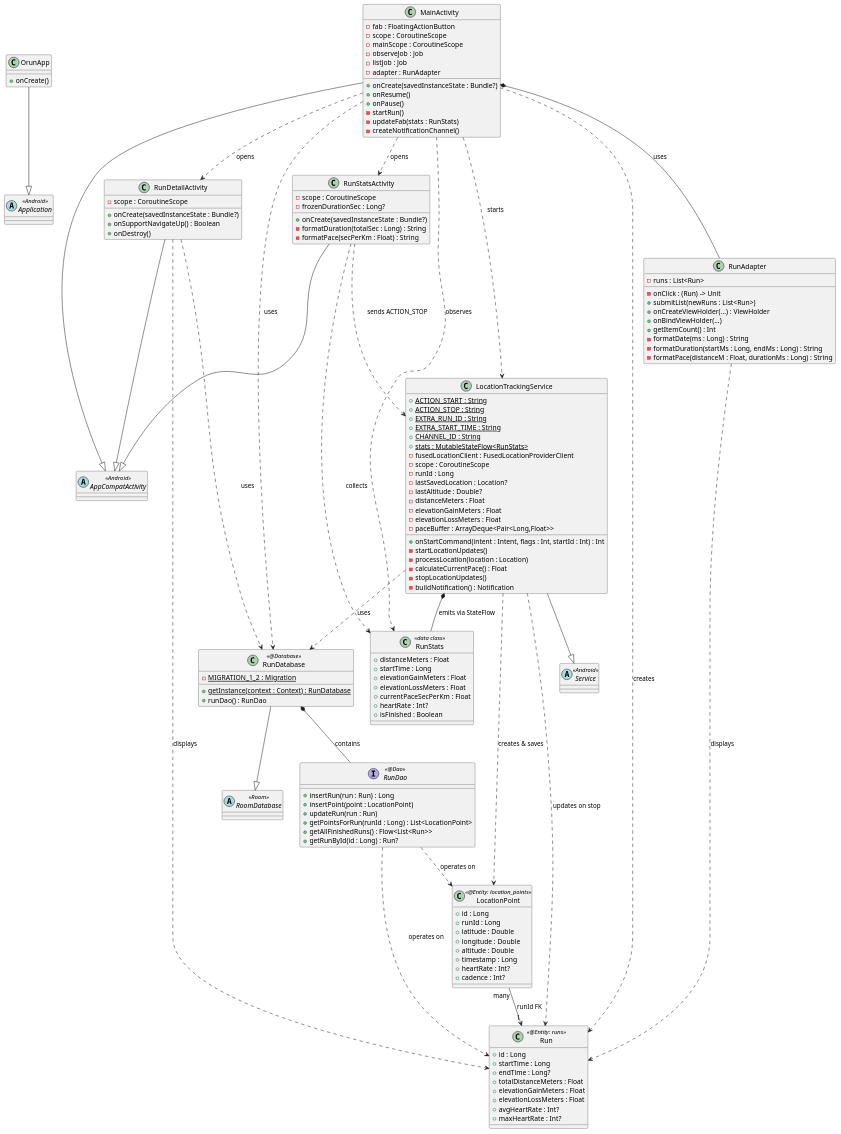
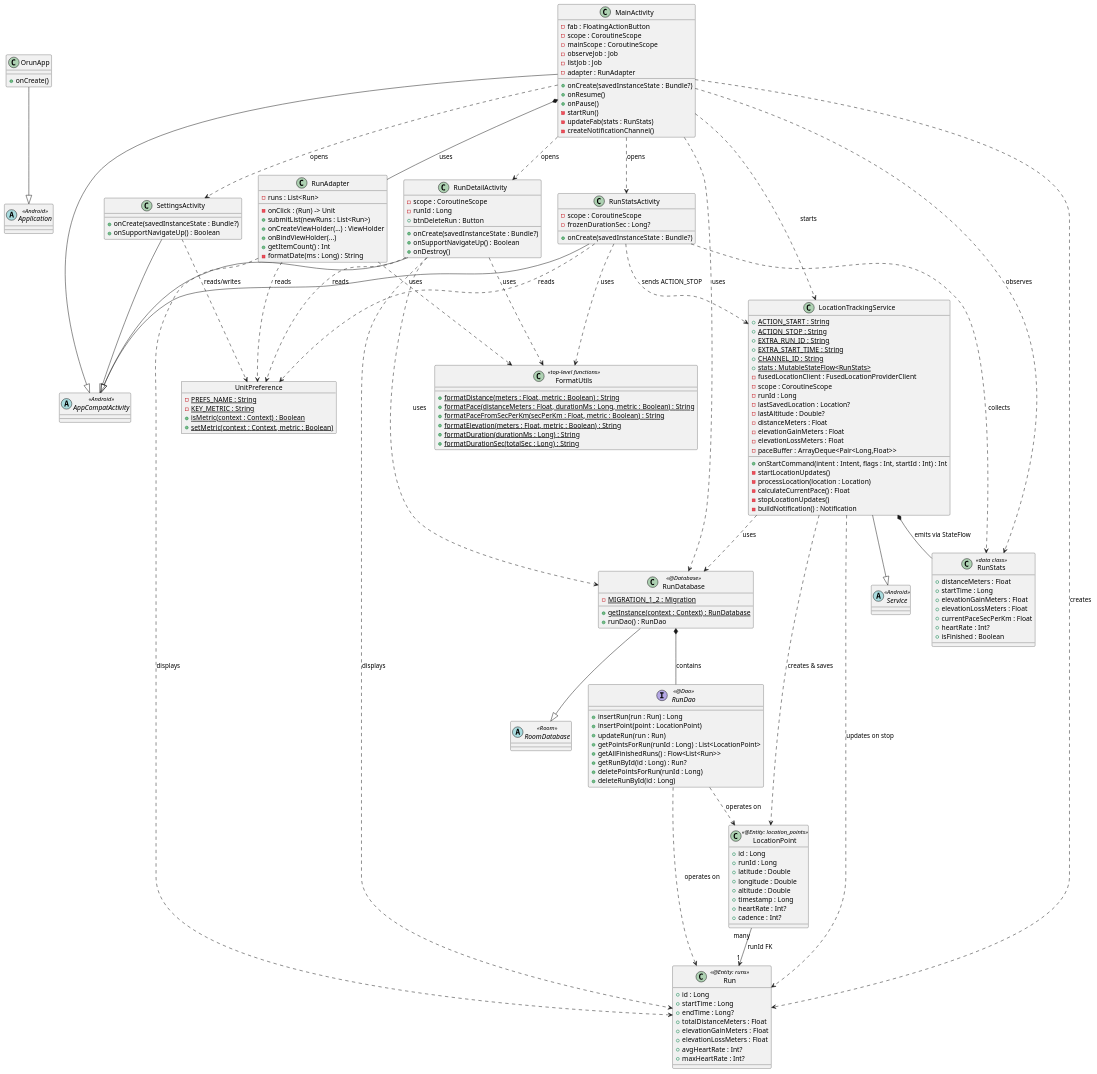
Before and after one commit to yaroslav-06/orun: the diagram in class-diagram.puml, drawn with PlantUML. The commit also changed 14 other files, not shown here.

Commit message:
added settings page and km/mi selection + unit managment system

```diff
--- a/class-diagram.puml
+++ b/class-diagram.puml
@@ -1,157 +1,189 @@
 @startuml
 
 abstract class Application <<Android>>
 abstract class AppCompatActivity <<Android>>
 abstract class Service <<Android>>
 abstract class RoomDatabase <<Room>>
 
 class MainActivity {
     -fab : FloatingActionButton
     -scope : CoroutineScope
     -mainScope : CoroutineScope
     -observeJob : Job
     -listJob : Job
     -adapter : RunAdapter
     +onCreate(savedInstanceState : Bundle?)
     +onResume()
     +onPause()
     -startRun()
     -updateFab(stats : RunStats)
     -createNotificationChannel()
 }
 
 class RunDetailActivity {
     -scope : CoroutineScope
+    -runId : Long
+    +btnDeleteRun : Button
     +onCreate(savedInstanceState : Bundle?)
     +onSupportNavigateUp() : Boolean
     +onDestroy()
 }
 
 class RunAdapter {
     -runs : List<Run>
     -onClick : (Run) -> Unit
     +submitList(newRuns : List<Run>)
     +onCreateViewHolder(...) : ViewHolder
     +onBindViewHolder(...)
     +getItemCount() : Int
     -formatDate(ms : Long) : String
-    -formatDuration(startMs : Long, endMs : Long) : String
-    -formatPace(distanceM : Float, durationMs : Long) : String
 }
 
 class RunStatsActivity {
     -scope : CoroutineScope
     -frozenDurationSec : Long?
     +onCreate(savedInstanceState : Bundle?)
-    -formatDuration(totalSec : Long) : String
-    -formatPace(secPerKm : Float) : String
 }
 
 class LocationTrackingService {
     +{static} ACTION_START : String
     +{static} ACTION_STOP : String
     +{static} EXTRA_RUN_ID : String
     +{static} EXTRA_START_TIME : String
     +{static} CHANNEL_ID : String
     +{static} stats : MutableStateFlow<RunStats>
     -fusedLocationClient : FusedLocationProviderClient
     -scope : CoroutineScope
     -runId : Long
     -lastSavedLocation : Location?
     -lastAltitude : Double?
     -distanceMeters : Float
     -elevationGainMeters : Float
     -elevationLossMeters : Float
     -paceBuffer : ArrayDeque<Pair<Long,Float>>
     +onStartCommand(intent : Intent, flags : Int, startId : Int) : Int
     -startLocationUpdates()
     -processLocation(location : Location)
     -calculateCurrentPace() : Float
     -stopLocationUpdates()
     -buildNotification() : Notification
 }
 
 class RunDatabase <<@Database>> {
     +{static} getInstance(context : Context) : RunDatabase
     +runDao() : RunDao
     -{static} MIGRATION_1_2 : Migration
 }
 
 interface RunDao <<@Dao>> {
     +insertRun(run : Run) : Long
     +insertPoint(point : LocationPoint)
     +updateRun(run : Run)
     +getPointsForRun(runId : Long) : List<LocationPoint>
     +getAllFinishedRuns() : Flow<List<Run>>
     +getRunById(id : Long) : Run?
+    +deletePointsForRun(runId : Long)
+    +deleteRunById(id : Long)
 }
 
 class Run <<@Entity: runs>> {
     +id : Long
     +startTime : Long
     +endTime : Long?
     +totalDistanceMeters : Float
     +elevationGainMeters : Float
     +elevationLossMeters : Float
     +avgHeartRate : Int?
     +maxHeartRate : Int?
 }
 
 class LocationPoint <<@Entity: location_points>> {
     +id : Long
     +runId : Long
     +latitude : Double
     +longitude : Double
     +altitude : Double
     +timestamp : Long
     +heartRate : Int?
     +cadence : Int?
 }
 
 class RunStats <<data class>> {
     +distanceMeters : Float
     +startTime : Long
     +elevationGainMeters : Float
     +elevationLossMeters : Float
     +currentPaceSecPerKm : Float
     +heartRate : Int?
     +isFinished : Boolean
 }
 
 class OrunApp {
     +onCreate()
 }
 
+object UnitPreference {
+    -{static} PREFS_NAME : String
+    -{static} KEY_METRIC : String
+    +{static} isMetric(context : Context) : Boolean
+    +{static} setMetric(context : Context, metric : Boolean)
+}
+
+class FormatUtils <<top-level functions>> {
+    +{static} formatDistance(meters : Float, metric : Boolean) : String
+    +{static} formatPace(distanceMeters : Float, durationMs : Long, metric : Boolean) : String
+    +{static} formatPaceFromSecPerKm(secPerKm : Float, metric : Boolean) : String
+    +{static} formatElevation(meters : Float, metric : Boolean) : String
+    +{static} formatDuration(durationMs : Long) : String
+    +{static} formatDurationSec(totalSec : Long) : String
+}
+
+class SettingsActivity {
+    +onCreate(savedInstanceState : Bundle?)
+    +onSupportNavigateUp() : Boolean
+}
+
 OrunApp --|> Application
 MainActivity --|> AppCompatActivity
 RunStatsActivity --|> AppCompatActivity
 RunDetailActivity --|> AppCompatActivity
+SettingsActivity --|> AppCompatActivity
 LocationTrackingService --|> Service
 RunDatabase --|> RoomDatabase
 
 RunDatabase *-- RunDao : contains
 RunDao ..> Run : operates on
 RunDao ..> LocationPoint : operates on
 LocationPoint "many" --> "1" Run : runId FK
 
 MainActivity ..> RunDatabase : uses
 MainActivity ..> Run : creates
 MainActivity ..> LocationTrackingService : starts
 MainActivity ..> RunStatsActivity : opens
 MainActivity ..> RunDetailActivity : opens
+MainActivity ..> SettingsActivity : opens
 MainActivity ..> RunStats : observes
 MainActivity *-- RunAdapter : uses
 
 RunDetailActivity ..> RunDatabase : uses
 RunDetailActivity ..> Run : displays
 RunAdapter ..> Run : displays
 
 RunStatsActivity ..> LocationTrackingService : sends ACTION_STOP
 RunStatsActivity ..> RunStats : collects
 
+RunAdapter ..> UnitPreference : reads
+RunDetailActivity ..> UnitPreference : reads
+RunStatsActivity ..> UnitPreference : reads
+SettingsActivity ..> UnitPreference : reads/writes
+
+RunAdapter ..> FormatUtils : uses
+RunDetailActivity ..> FormatUtils : uses
+RunStatsActivity ..> FormatUtils : uses
+
 LocationTrackingService ..> RunDatabase : uses
 LocationTrackingService ..> LocationPoint : creates & saves
 LocationTrackingService ..> Run : updates on stop
 LocationTrackingService *-- RunStats : emits via StateFlow
 
 @enduml
```
